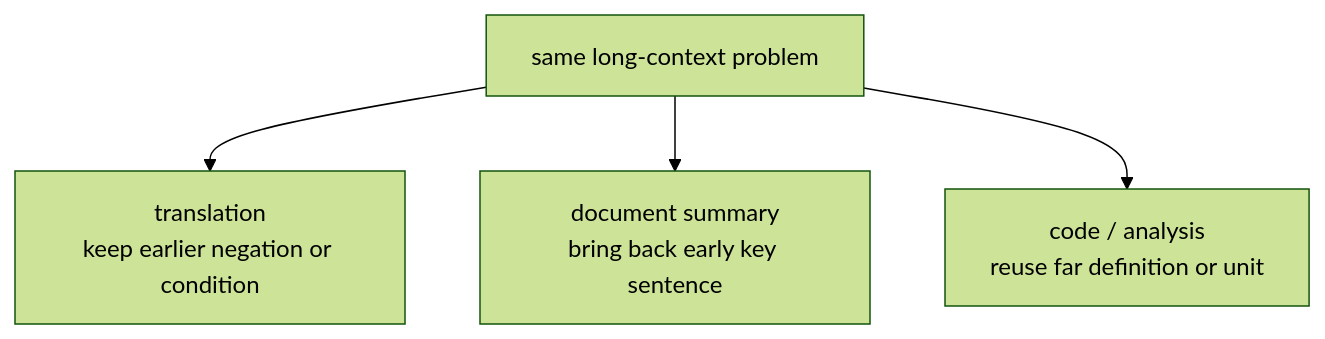
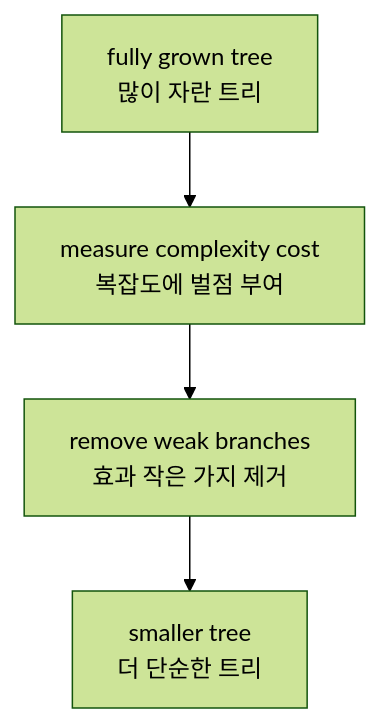
Before and after one commit to devchan64/AiBook: the second of 2 diagrams in docs/parts/part-04/chapter-14/section-02.md, drawn with Mermaid (forest theme). The commit also changed other lines of this file and 213 other files, not shown here.

````diff
--- a/docs/parts/part-04/chapter-14/section-02.md
+++ b/docs/parts/part-04/chapter-14/section-02.md
@@ -135,11 +254,9 @@
 ```mermaid
 flowchart TD
-  A["same long-context problem"]
-  B["translation<br/>keep earlier negation or condition"]
-  C["document summary<br/>bring back early key sentence"]
-  D["code / analysis<br/>reuse far definition or unit"]
+  A["fully grown tree<br/>많이 자란 트리"]
+  B["measure complexity cost<br/>복잡도에 벌점 부여"]
+  C["remove weak branches<br/>효과 작은 가지 제거"]
+  D["smaller tree<br/>더 단순한 트리"]
 
-  A --> B
-  A --> C
-  A --> D
+  A --> B --> C --> D
 ```
````
